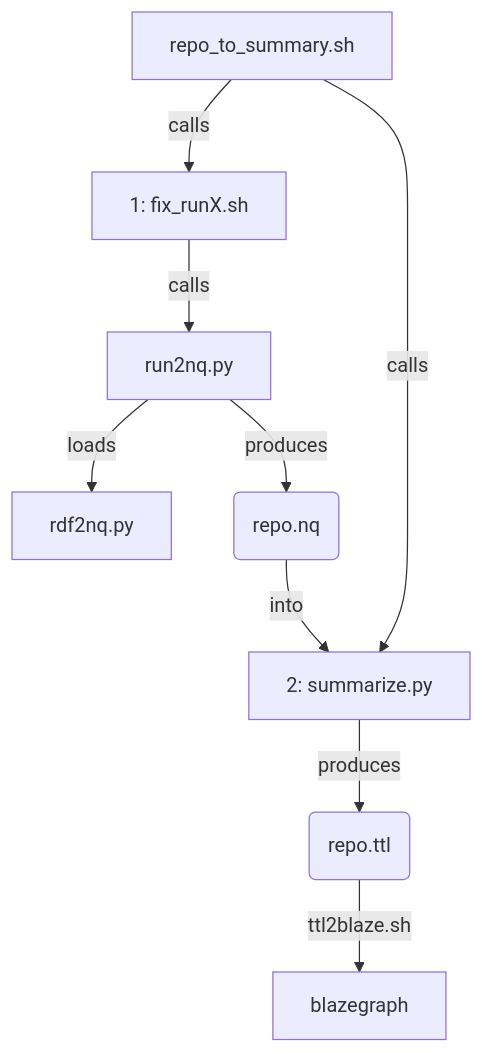
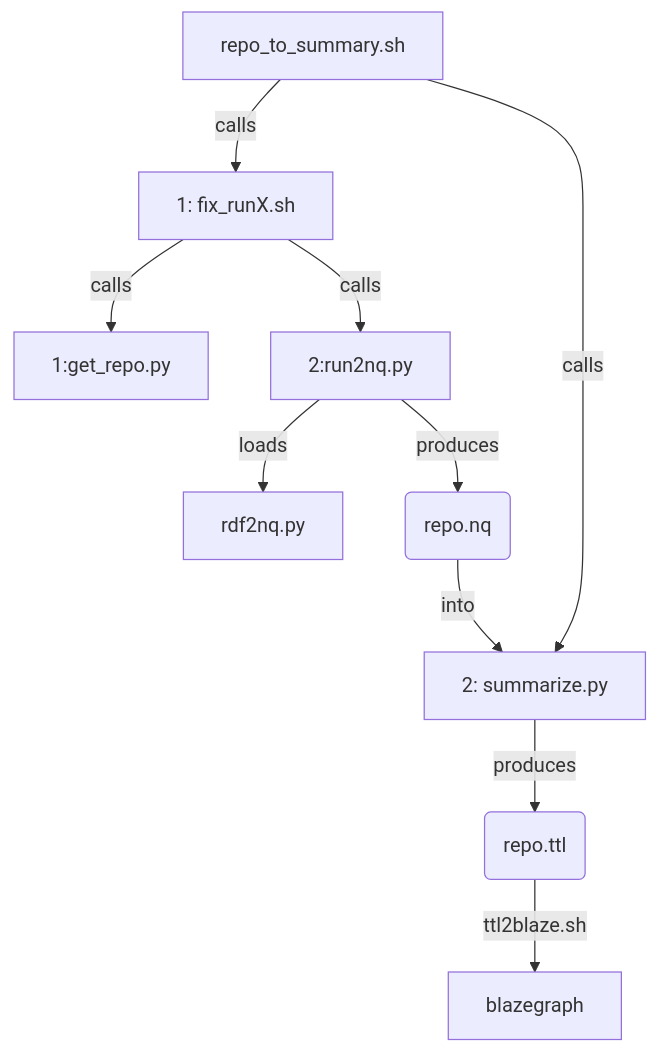
The diagram in call-summary.md (MBcode/dc), drawn with Mermaid before and after one commit.

Commit message:
Update call-summary.md
add in new call to get_repo.py to get all the files for turning into quads, for the runX fix

````diff
--- a/call-summary.md
+++ b/call-summary.md
@@ -5,7 +5,8 @@
 ```mermaid
 flowchart TD;
 R2S[repo_to_summary.sh]  -- calls --> G[1: fix_runX.sh];
-G -- calls --> r2n[run2nq.py] -- loads --> rdf2[rdf2nq.py];
+G -- calls --> gr[1:get_repo.py]
+G -- calls --> r2n[2:run2nq.py] -- loads --> rdf2[rdf2nq.py];
 R2S -- calls --> SR[2: summarize.py] -- produces --> RT(repo.ttl) -- ttl2blaze.sh --> B[blazegraph];
 r2n -- produces --> nq(repo.nq) -- into --> SR;
 ```
````
